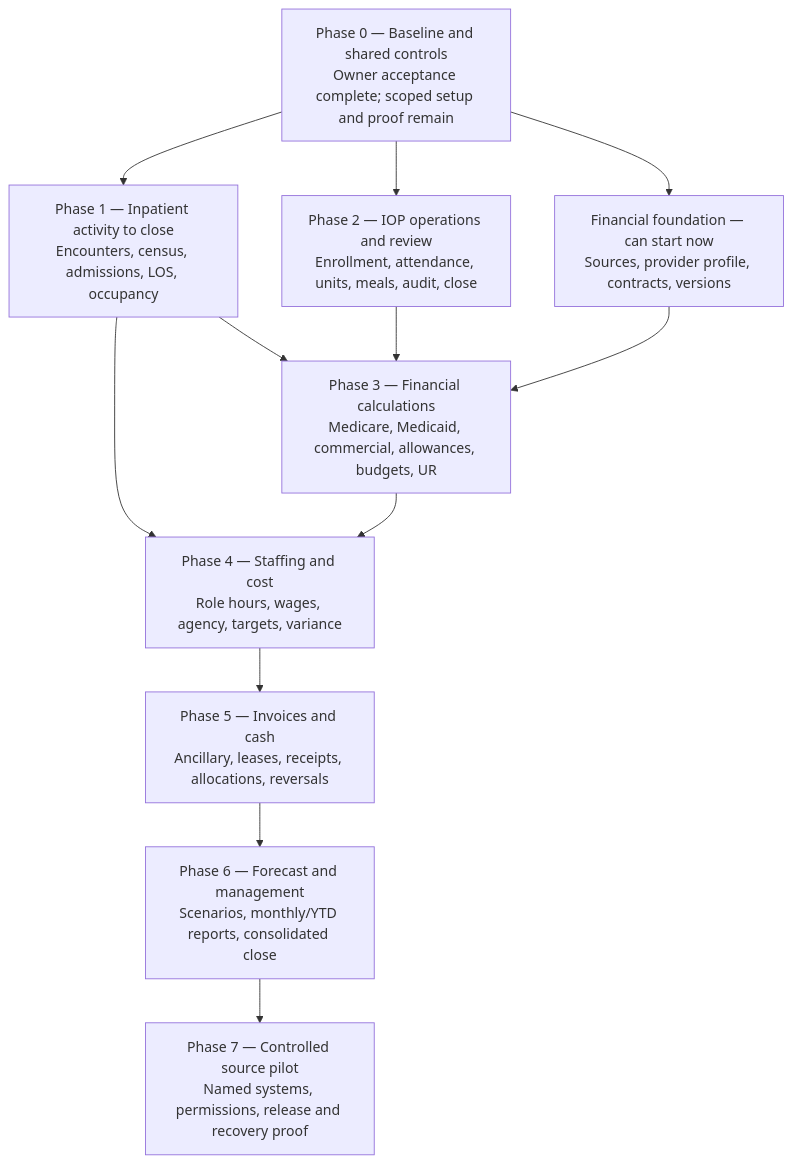
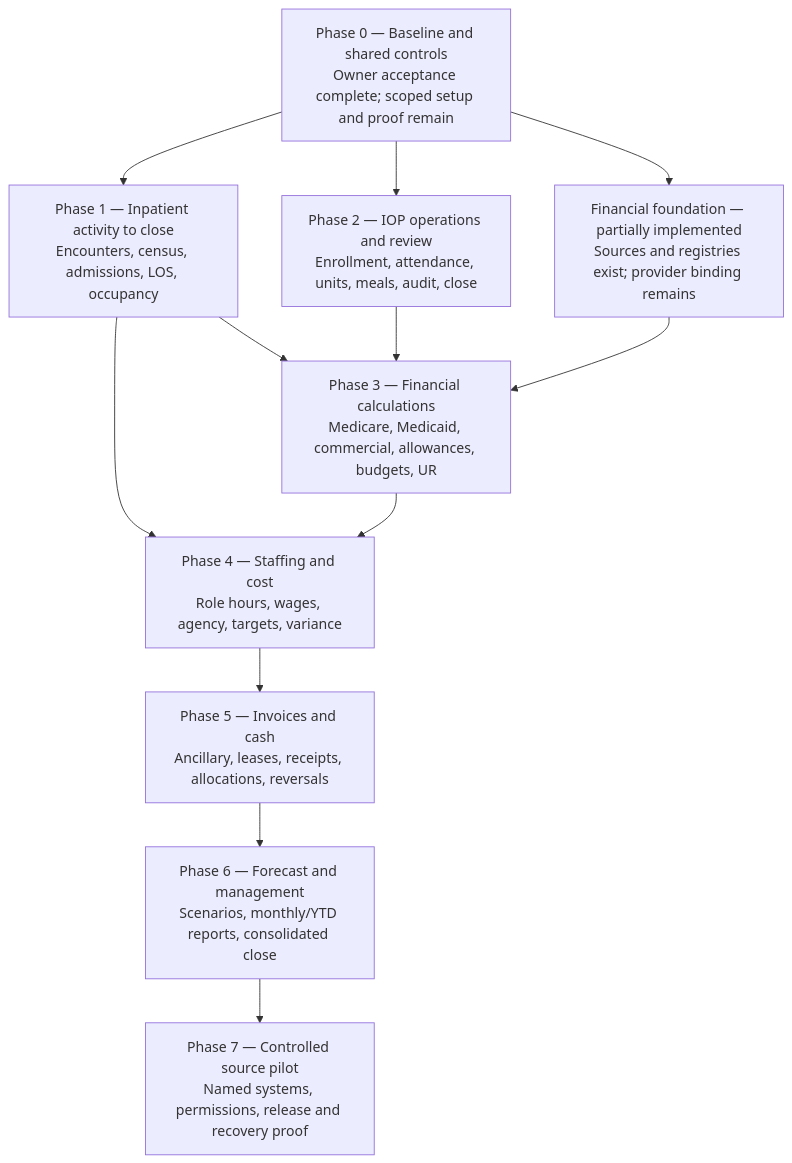
Before and after one commit to henrytylerhebert-eng/clarity-platform: the second of 2 diagrams in docs/product/WORKBOOK_PLATFORM_FULL_TREE.md, drawn with Mermaid. The commit also changed other lines of this file and 4 other files, not shown here.

````diff
--- a/docs/product/WORKBOOK_PLATFORM_FULL_TREE.md
+++ b/docs/product/WORKBOOK_PLATFORM_FULL_TREE.md
@@ -43,21 +45,21 @@
 ```mermaid
 flowchart TB
     P0[Phase 0 — Baseline and shared controls<br/>Owner acceptance complete; scoped setup and proof remain]
     P1[Phase 1 — Inpatient activity to close<br/>Encounters, census, admissions, LOS, occupancy]
     P2[Phase 2 — IOP operations and review<br/>Enrollment, attendance, units, meals, audit, close]
-    R[Financial foundation — can start now<br/>Sources, provider profile, contracts, versions]
+    R[Financial foundation — partially implemented<br/>Sources and registries exist; provider binding remains]
     P3[Phase 3 — Financial calculations<br/>Medicare, Medicaid, commercial, allowances, budgets, UR]
     P4[Phase 4 — Staffing and cost<br/>Role hours, wages, agency, targets, variance]
     P5[Phase 5 — Invoices and cash<br/>Ancillary, leases, receipts, allocations, reversals]
     P6[Phase 6 — Forecast and management<br/>Scenarios, monthly/YTD reports, consolidated close]
     P7[Phase 7 — Controlled source pilot<br/>Named systems, permissions, release and recovery proof]
 
     P0 --> P1
     P0 --> P2
     P0 --> R
     P1 --> P3
     P2 --> P3
     R --> P3
     P1 --> P4
     P3 --> P4 --> P5 --> P6 --> P7
 ```
````
